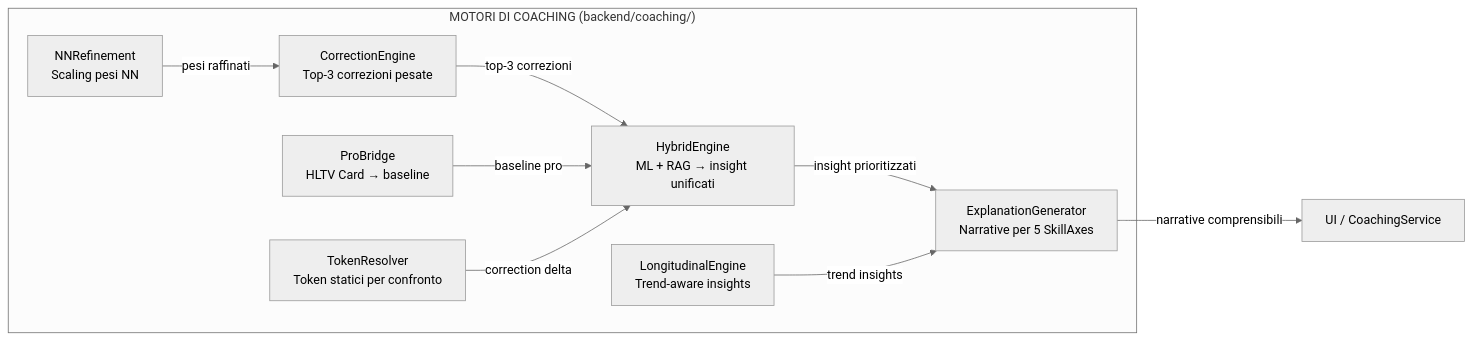
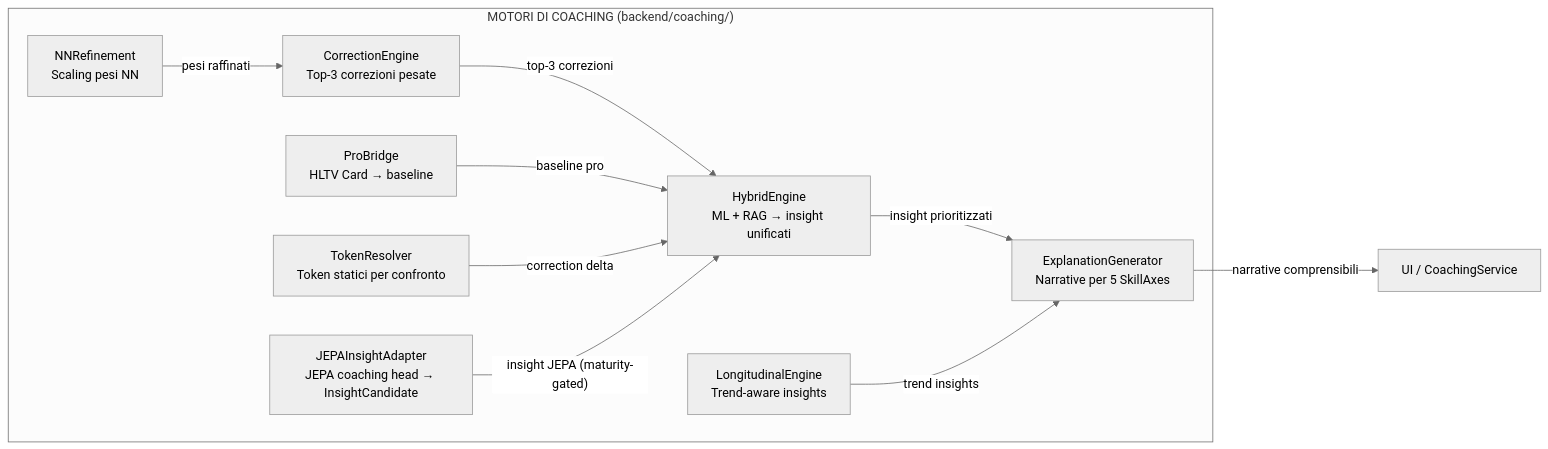
Before and after one commit to renanaugustomacena-ux/Counter-Strike-coach-AI: the tenth of 49 diagrams in docs/books/Book-Coach-2.md, drawn with Mermaid (neutral theme). The commit also changed other lines of this file and 5 other files, not shown here.

First line of the commit message:
docs: update Book-Coach-1A/2 — fix counts, remove orphans, add jepa_insight_adapter

````diff
--- a/docs/books/Book-Coach-2.md
+++ b/docs/books/Book-Coach-2.md
@@ -588,19 +588,21 @@
 ```mermaid
 flowchart LR
     subgraph COACHING_ENGINES["MOTORI DI COACHING (backend/coaching/)"]
         CE["CorrectionEngine<br/>Top-3 correzioni pesate"]
         HE["HybridEngine<br/>ML + RAG → insight unificati"]
         EG["ExplanationGenerator<br/>Narrative per 5 SkillAxes"]
         NR["NNRefinement<br/>Scaling pesi NN"]
         PB["ProBridge<br/>HLTV Card → baseline"]
         TR["TokenResolver<br/>Token statici per confronto"]
         LE["LongitudinalEngine<br/>Trend-aware insights"]
+        JIA["JEPAInsightAdapter<br/>JEPA coaching head → InsightCandidate"]
     end
     CE -->|"top-3 correzioni"| HE
     NR -->|"pesi raffinati"| CE
     PB -->|"baseline pro"| HE
     TR -->|"correction delta"| HE
     HE -->|"insight prioritizzati"| EG
     LE -->|"trend insights"| EG
+    JIA -->|"insight JEPA (maturity-gated)"| HE
     EG -->|"narrative comprensibili"| UI["UI / CoachingService"]
 ```
````
